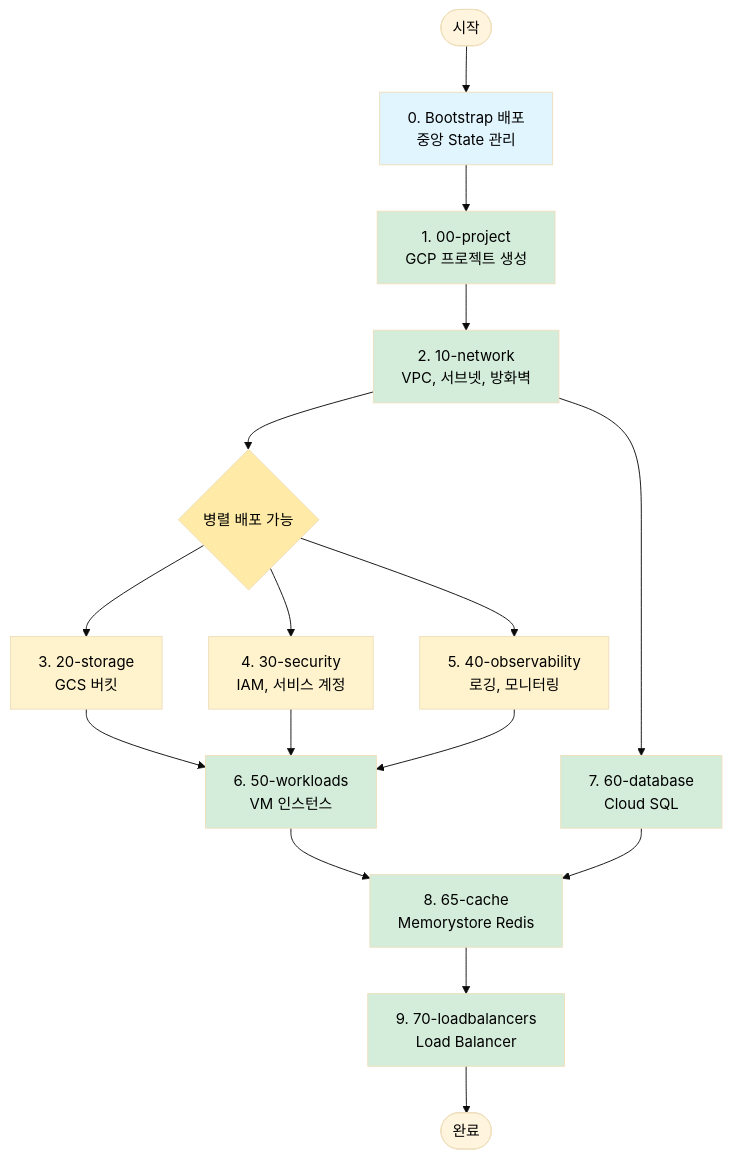
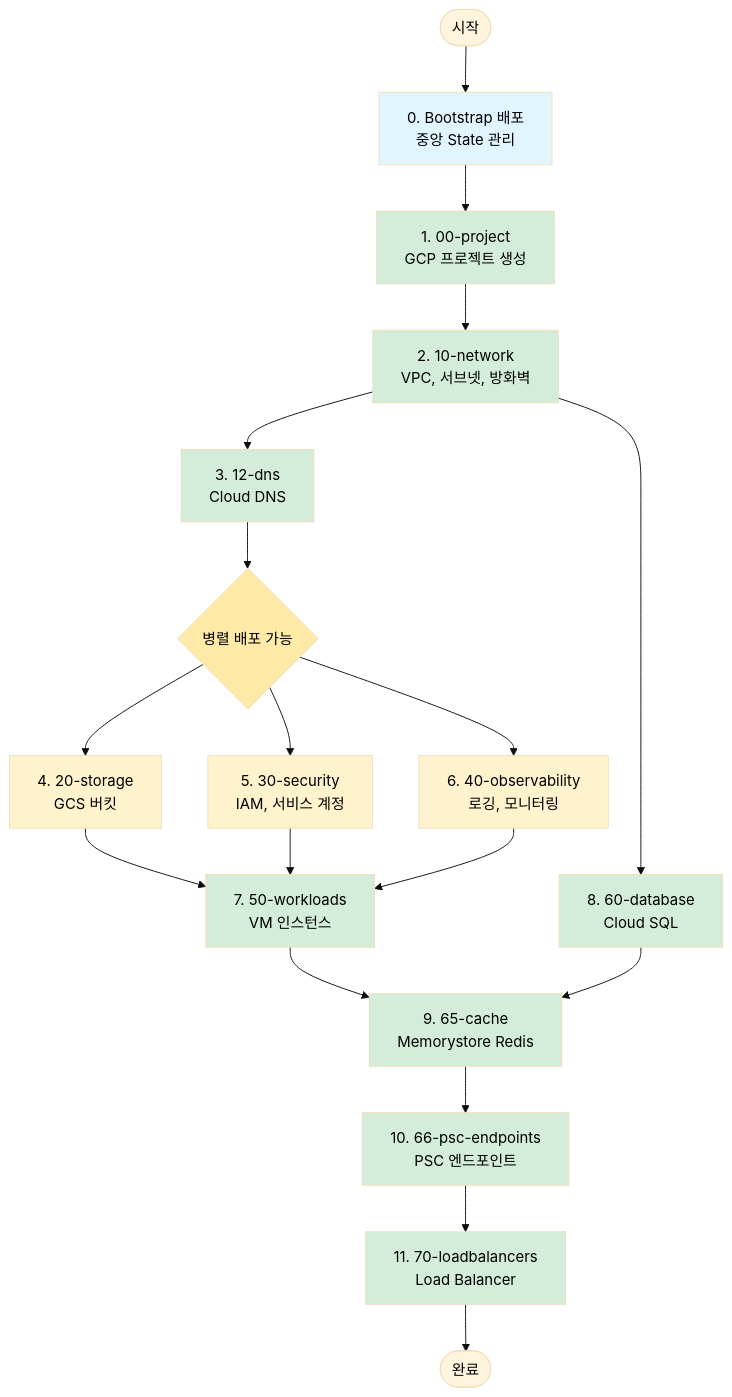
Before and after one commit to JSJ2337/GCP_terraform_code: the third of 9 diagrams in terraform_gcp_infra/docs/architecture/diagrams.md, drawn with Mermaid. The commit also changed other lines of this file and 2 other files, not shown here.

First line of the commit message:
docs: 14차-20차 검토 - Mermaid 다이어그램 변환 및 누락 레이어/모듈 추가

````diff
--- a/terraform_gcp_infra/docs/architecture/diagrams.md
+++ b/terraform_gcp_infra/docs/architecture/diagrams.md
@@ -155,38 +162,46 @@
 ```mermaid
 %%{init: {'theme': 'base', 'themeVariables': { 'primaryTextColor': '#000000' }}}%%
 graph TD
     START([시작]) --> B[0. Bootstrap 배포<br/>중앙 State 관리]
 
     B --> E0[1. 00-project<br/>GCP 프로젝트 생성]
 
     E0 --> E1[2. 10-network<br/>VPC, 서브넷, 방화벽]
 
-    E1 --> PARALLEL{병렬 배포 가능}
+    E1 --> E1_DNS[3. 12-dns<br/>Cloud DNS]
 
-    PARALLEL --> E2[3. 20-storage<br/>GCS 버킷]
-    PARALLEL --> E3[4. 30-security<br/>IAM, 서비스 계정]
-    PARALLEL --> E4[5. 40-observability<br/>로깅, 모니터링]
+    E1_DNS --> PARALLEL{병렬 배포 가능}
 
-    E2 --> E5[6. 50-workloads<br/>VM 인스턴스]
+    PARALLEL --> E2[4. 20-storage<br/>GCS 버킷]
+    PARALLEL --> E3[5. 30-security<br/>IAM, 서비스 계정]
+    PARALLEL --> E4[6. 40-observability<br/>로깅, 모니터링]
+
+    E2 --> E5[7. 50-workloads<br/>VM 인스턴스]
     E3 --> E5
     E4 --> E5
-    E1 --> E6[7. 60-database<br/>Cloud SQL]
 
-    E5 --> E7[8. 65-cache<br/>Memorystore Redis]
+    E1 --> E6[8. 60-database<br/>Cloud SQL]
+
+    E5 --> E7[9. 65-cache<br/>Memorystore Redis]
     E6 --> E7
-    E7 --> E8[9. 70-loadbalancers<br/>Load Balancer]
+
+    E7 --> E7_PSC[10. 66-psc-endpoints<br/>PSC 엔드포인트]
+
+    E7_PSC --> E8[11. 70-loadbalancers<br/>Load Balancer]
 
     E8 --> END([완료])
 
     style B fill:#e1f5ff
     style E0 fill:#d4edda
     style E1 fill:#d4edda
+    style E1_DNS fill:#d4edda
     style E2 fill:#fff3cd
     style E3 fill:#fff3cd
     style E4 fill:#fff3cd
     style E5 fill:#d4edda
     style E6 fill:#d4edda
     style E7 fill:#d4edda
+    style E7_PSC fill:#d4edda
     style E8 fill:#d4edda
     style PARALLEL fill:#ffeaa7
 ```
````
